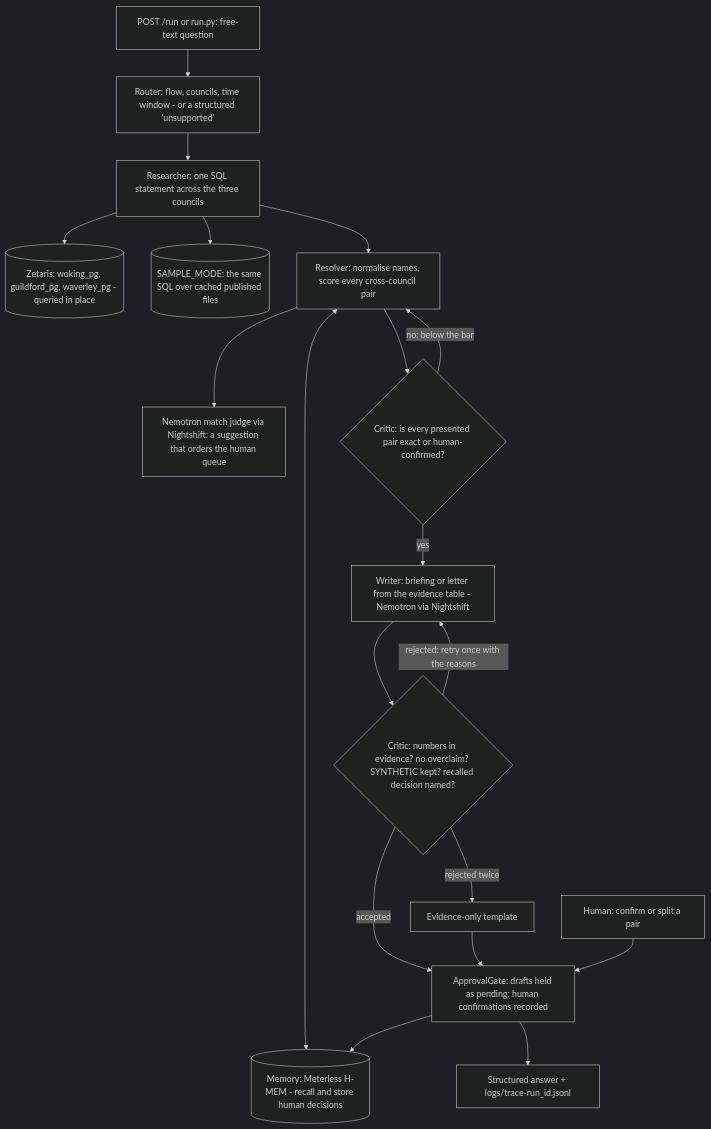
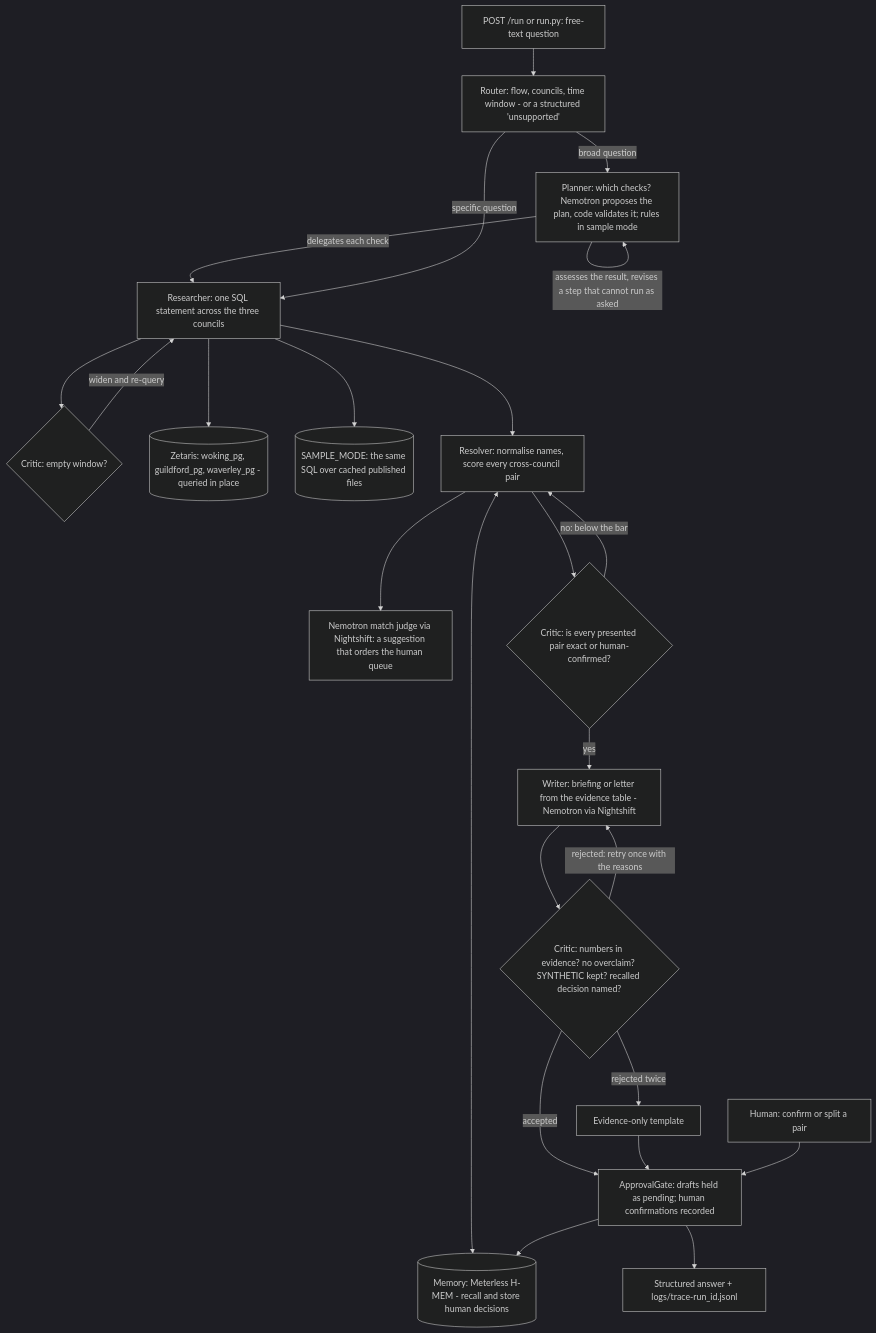
Before and after one commit to NakuSurrey/vesting-day: the diagram in README.md, drawn with Mermaid (dark theme). The commit also changed other lines of this file and 3 other files, not shown here.

````diff
--- a/README.md
+++ b/README.md
@@ -94,21 +102,26 @@
 ```mermaid
 flowchart TD
     Q[POST /run or run.py: free-text question] --> R[Router: flow, councils, time window - or a structured 'unsupported']
-    R --> RS[Researcher: one SQL statement across the three councils]
+    R -- "broad question" --> P[Planner: which checks? Nemotron proposes the plan, code validates it; rules in sample mode]
+    P -- "delegates each check" --> RS
+    P -- "assesses the result, revises a step that cannot run as asked" --> P
+    R -- "specific question" --> RS[Researcher: one SQL statement across the three councils]
+    C0{Critic: empty window?} -- "widen and re-query" --> RS
+    RS --> C0
     RS --> Z[(Zetaris: woking_pg, guildford_pg, waverley_pg - queried in place)]
     RS --> S[(SAMPLE_MODE: the same SQL over cached published files)]
     RS --> RV[Resolver: normalise names, score every cross-council pair]
     RV <--> M[(Memory: Meterless H-MEM - recall and store human decisions)]
     RV --> J[Nemotron match judge via Nightshift: a suggestion that orders the human queue]
     RV --> C1{Critic: is every presented pair exact or human-confirmed?}
     C1 -- "no: below the bar" --> RV
     C1 -- yes --> W[Writer: briefing or letter from the evidence table - Nemotron via Nightshift]
     W --> C2{Critic: numbers in evidence? no overclaim? SYNTHETIC kept? recalled decision named?}
     C2 -- "rejected: retry once with the reasons" --> W
     C2 -- "rejected twice" --> T[Evidence-only template]
     C2 -- accepted --> A[ApprovalGate: drafts held as pending; human confirmations recorded]
     T --> A
     A --> O[Structured answer + logs/trace-run_id.jsonl]
     H[Human: confirm or split a pair] --> A
     A --> M
 ```
````
